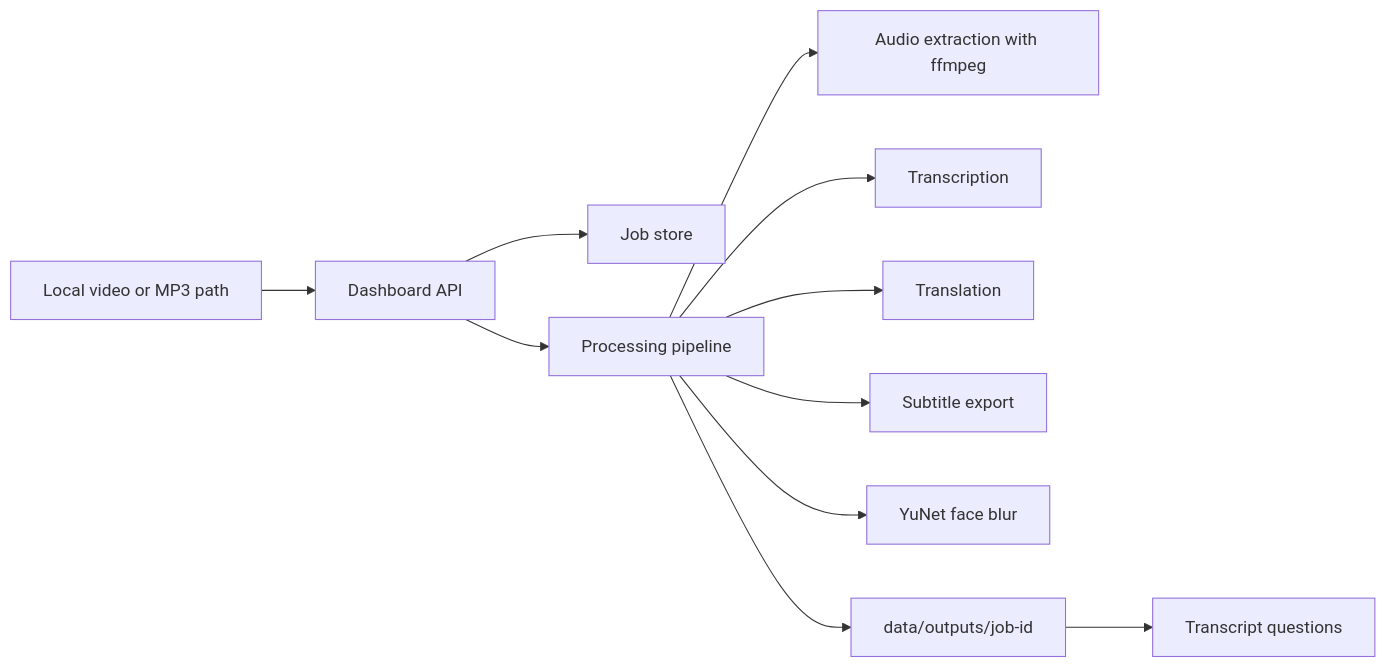
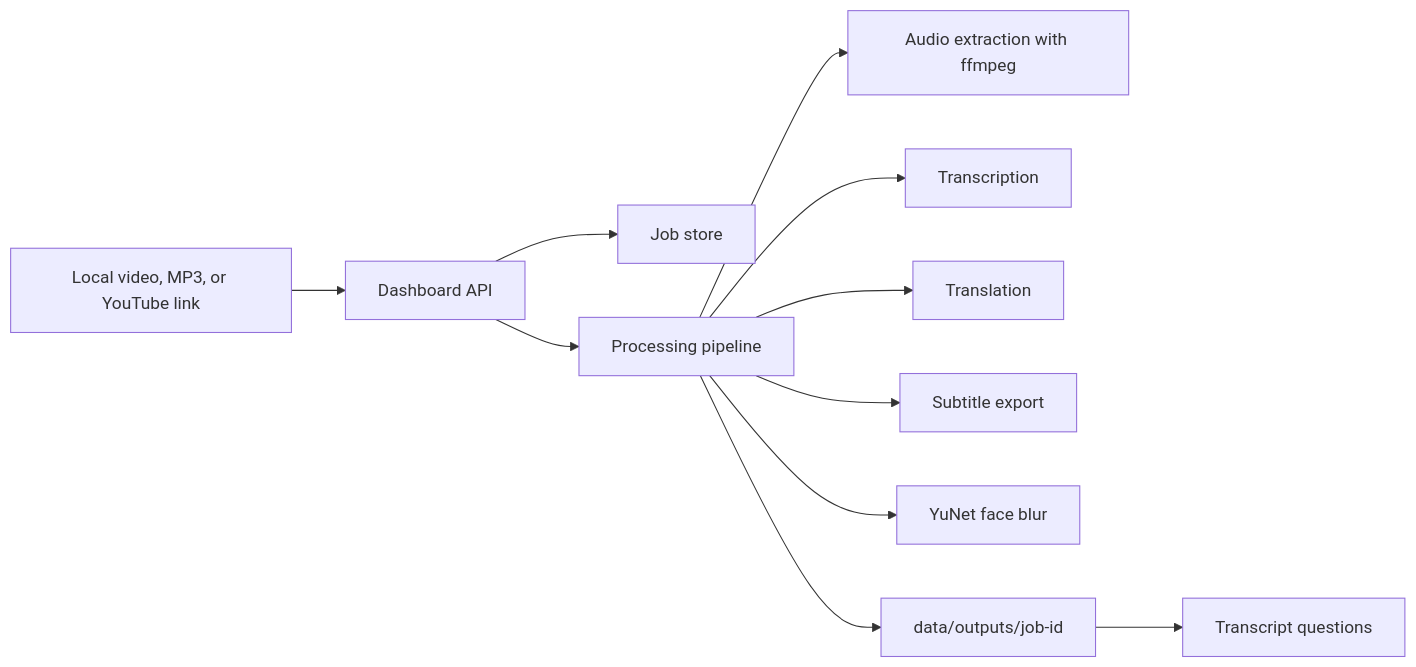
The diagram in README.md (modeitsch/face-blur-yunet), drawn with Mermaid before and after one commit. The commit also changed other lines of this file and 11 other files, not shown here.

````diff
--- a/README.md
+++ b/README.md
@@ -168,13 +172,13 @@
 ```mermaid
 flowchart LR
-  A["Local video or MP3 path"] --> B["Dashboard API"]
+  A["Local video, MP3, or YouTube link"] --> B["Dashboard API"]
   B --> C["Job store"]
   B --> D["Processing pipeline"]
   D --> E["Audio extraction with ffmpeg"]
   D --> F["Transcription"]
   D --> G["Translation"]
   D --> H["Subtitle export"]
   D --> I["YuNet face blur"]
   D --> J["data/outputs/job-id"]
   J --> K["Transcript questions"]
 ```
````
